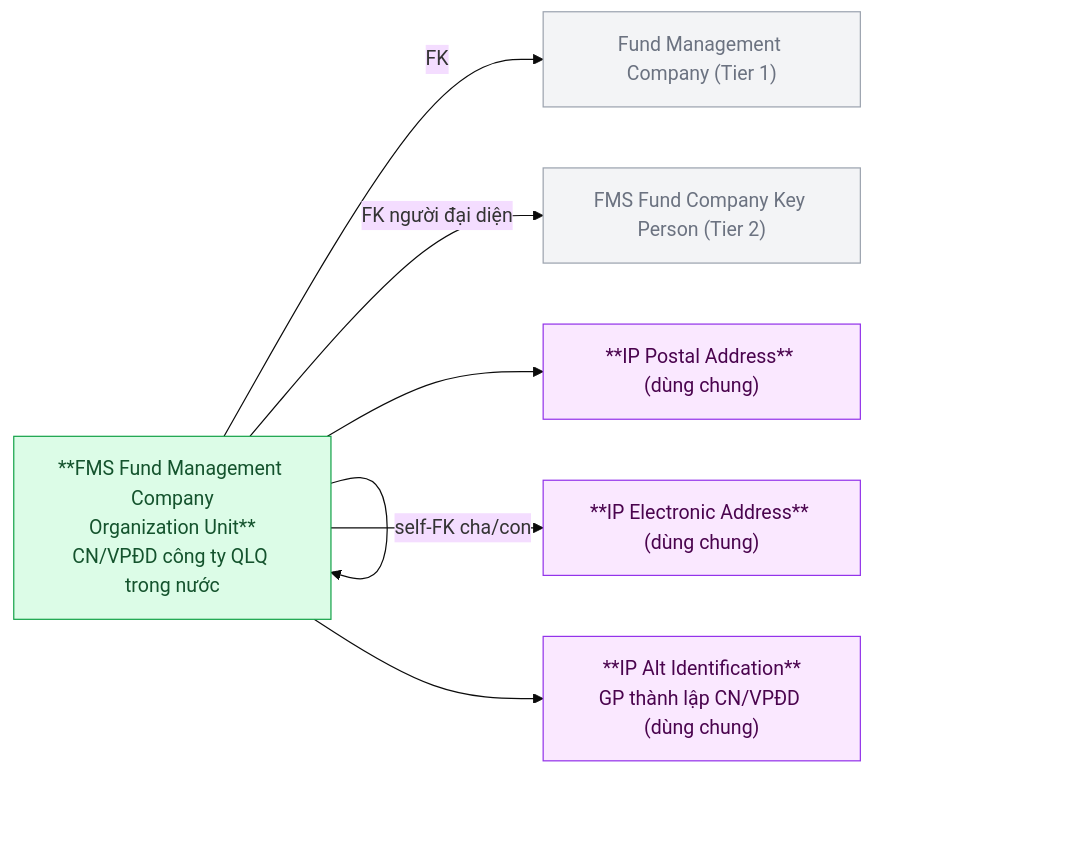
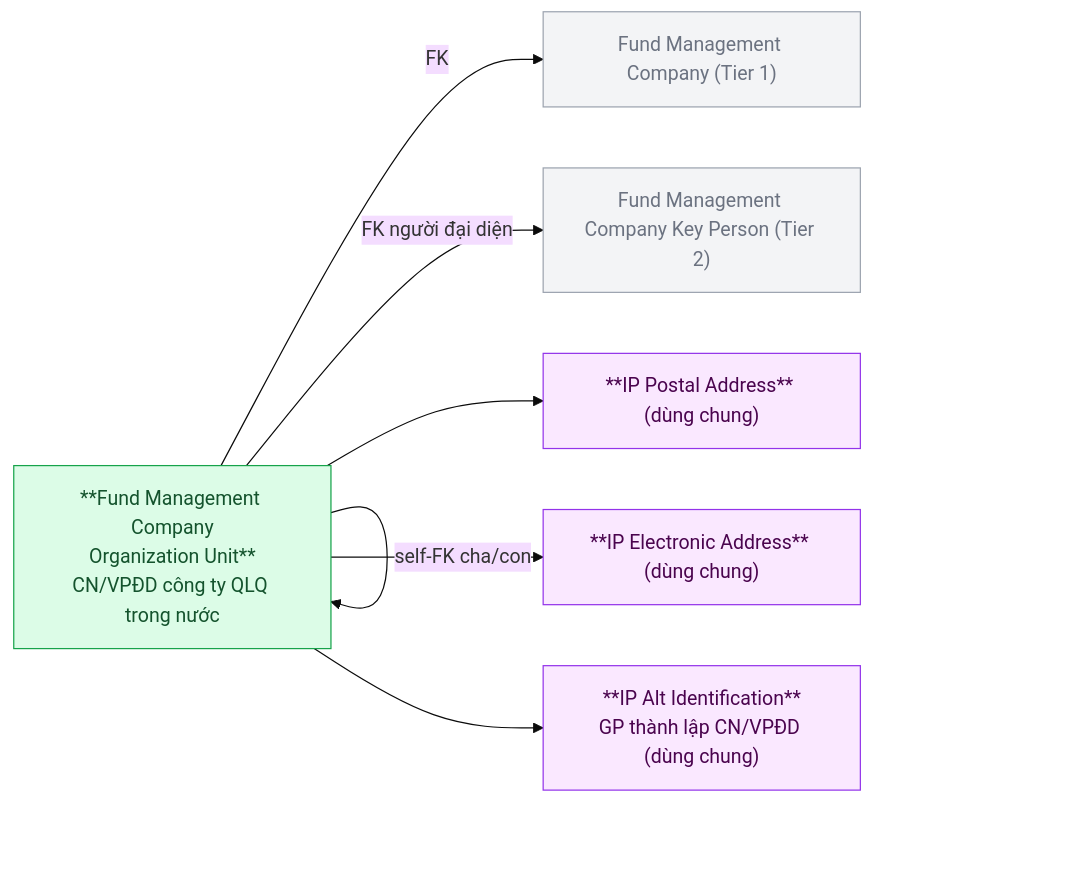
Before and after one commit to linhlvit/ubck_atomic_design: the fourth of 16 diagrams in Silver/hld/FMS_HLD_Tier2.md, drawn with Mermaid (base theme). The commit also changed other lines of this file and 32 other files, not shown here.

````diff
--- a/Silver/hld/FMS_HLD_Tier2.md
+++ b/Silver/hld/FMS_HLD_Tier2.md
@@ -84,20 +84,20 @@
 ```mermaid
 graph LR
     classDef silver fill:#dcfce7,stroke:#16a34a,color:#14532d
     classDef shared fill:#fae8ff,stroke:#9333ea,color:#4a044e
     classDef refnode fill:#f3f4f6,stroke:#9ca3af,color:#6b7280
 
     FMC["Fund Management Company (Tier 1)"]:::refnode
-    KP["FMS Fund Company Key Person (Tier 2)"]:::refnode
-    OU["**FMS Fund Management Company\nOrganization Unit**\nCN/VPĐD công ty QLQ trong nước"]:::silver
+    KP["Fund Management Company Key Person (Tier 2)"]:::refnode
+    OU["**Fund Management Company\nOrganization Unit**\nCN/VPĐD công ty QLQ trong nước"]:::silver
     ADDR["**IP Postal Address** (dùng chung)"]:::shared
     EADDR["**IP Electronic Address** (dùng chung)"]:::shared
     ALTID["**IP Alt Identification**\nGP thành lập CN/VPĐD (dùng chung)"]:::shared
 
     OU -->|FK| FMC
     OU -->|FK người đại diện| KP
     OU -->|self-FK cha/con| OU
     OU --> ADDR
     OU --> EADDR
     OU --> ALTID
 ```
````
